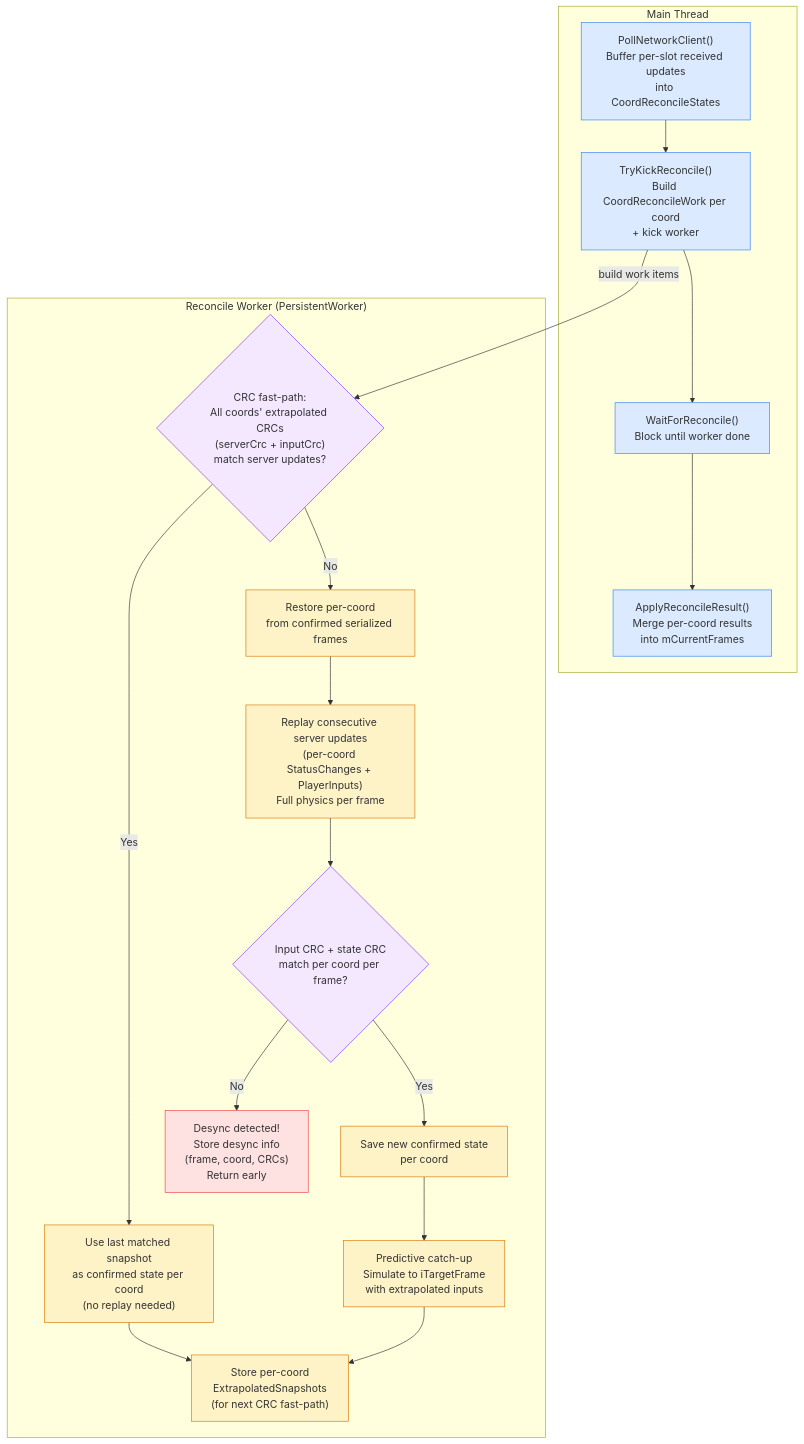
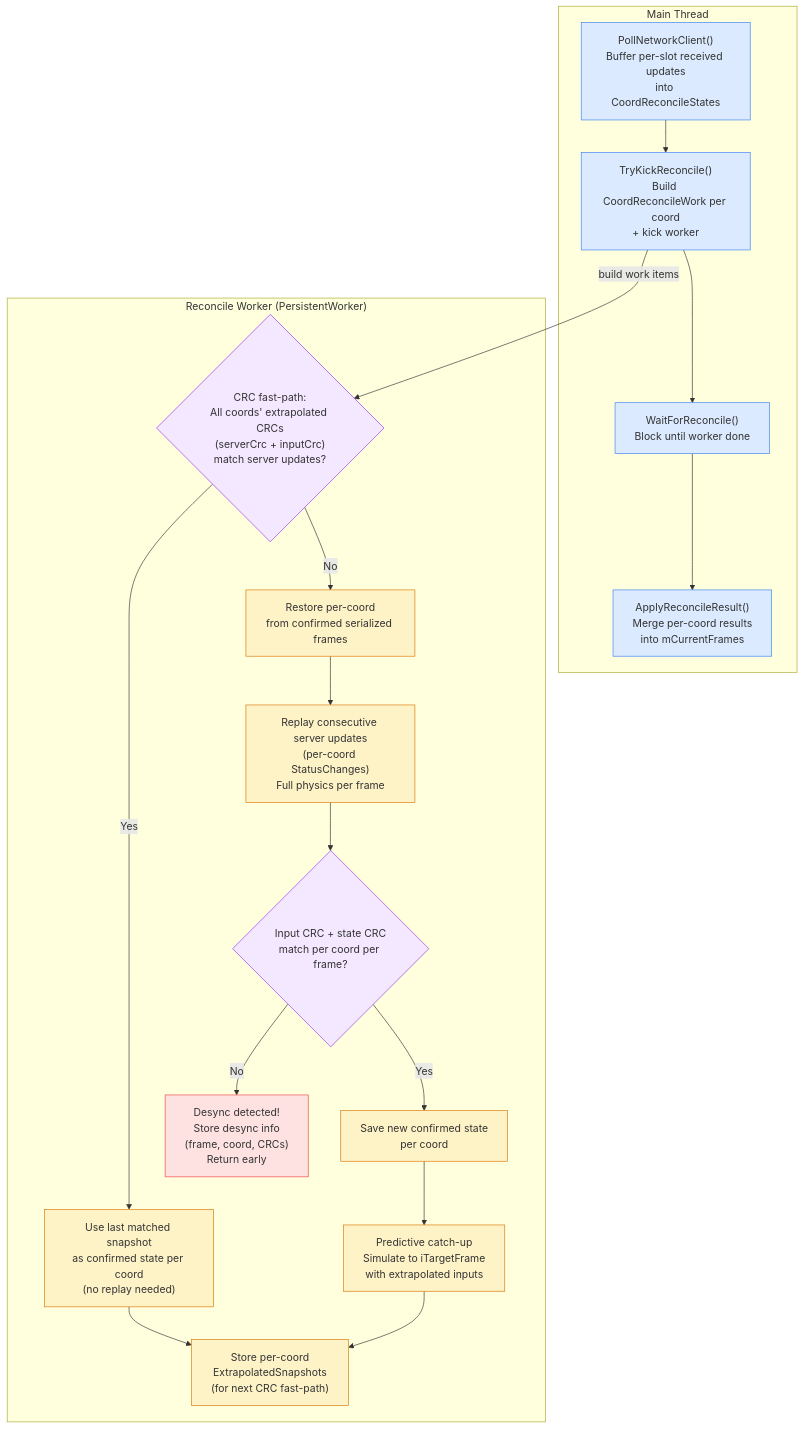
One commit to DougTanner/BrokenEnginePublic changed the sixth of 6 diagrams in Documents/Architecture/Network.md. Above: the diagram before and after it, drawn with Mermaid. The commit also changed other lines of this file and 222 other files, not shown here.

````diff
--- a/Documents/Architecture/Network.md
+++ b/Documents/Architecture/Network.md
@@ -184,37 +184,37 @@
 ```mermaid
 %%{init: {'theme': 'default'}}%%
 flowchart TD
     classDef mainThread fill:#dbeafe,stroke:#3b82f6
     classDef worker fill:#fef3c7,stroke:#d97706
     classDef decision fill:#f3e8ff,stroke:#9333ea
     classDef desync fill:#fee2e2,stroke:#ef4444
 
     subgraph main ["Main Thread"]
         poll["PollNetworkClient()<br/>Buffer per-slot received updates<br/>into CoordReconcileStates"]:::mainThread
         kick["TryKickReconcile()<br/>Build CoordReconcileWork per coord<br/>+ kick worker"]:::mainThread
         wait["WaitForReconcile()<br/>Block until worker done"]:::mainThread
         apply["ApplyReconcileResult()<br/>Merge per-coord results<br/>into mCurrentFrames"]:::mainThread
     end
 
     subgraph worker_thread ["Reconcile Worker (PersistentWorker)"]
         check_crc{"CRC fast-path:<br/>All coords' extrapolated CRCs<br/>(serverCrc + inputCrc)<br/>match server updates?"}:::decision
 
         fast["Use last matched snapshot<br/>as confirmed state per coord<br/>(no replay needed)"]:::worker
 
         restore["Restore per-coord<br/>from confirmed serialized frames"]:::worker
-        replay["Replay consecutive server updates<br/>(per-coord StatusChanges + PlayerInputs)<br/>Full physics per frame"]:::worker
+        replay["Replay consecutive server updates<br/>(per-coord StatusChanges)<br/>Full physics per frame"]:::worker
         validate{"Input CRC + state CRC<br/>match per coord per frame?"}:::decision
         save_confirmed["Save new confirmed state<br/>per coord"]:::worker
         catchup["Predictive catch-up<br/>Simulate to iTargetFrame<br/>with extrapolated inputs"]:::worker
         snapshot["Store per-coord<br/>ExtrapolatedSnapshots<br/>(for next CRC fast-path)"]:::worker
 
         desync["Desync detected!<br/>Store desync info<br/>(frame, coord, CRCs)<br/>Return early"]:::desync
     end
 
     poll --> kick --> wait --> apply
     kick -->|build work items| check_crc
     check_crc -->|Yes| fast --> snapshot
     check_crc -->|No| restore --> replay --> validate
     validate -->|Yes| save_confirmed --> catchup --> snapshot
     validate -->|No| desync
 ```
````
